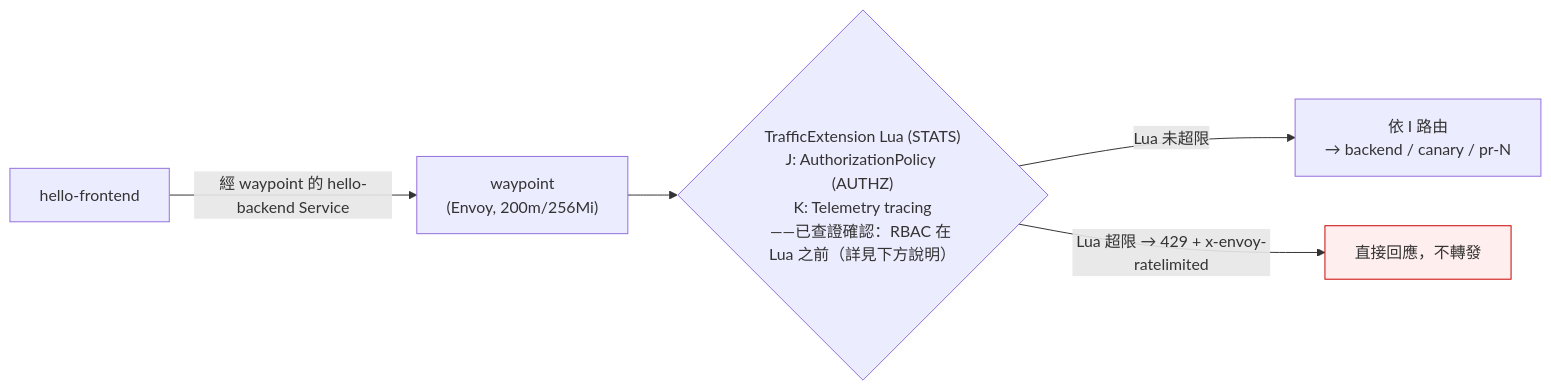
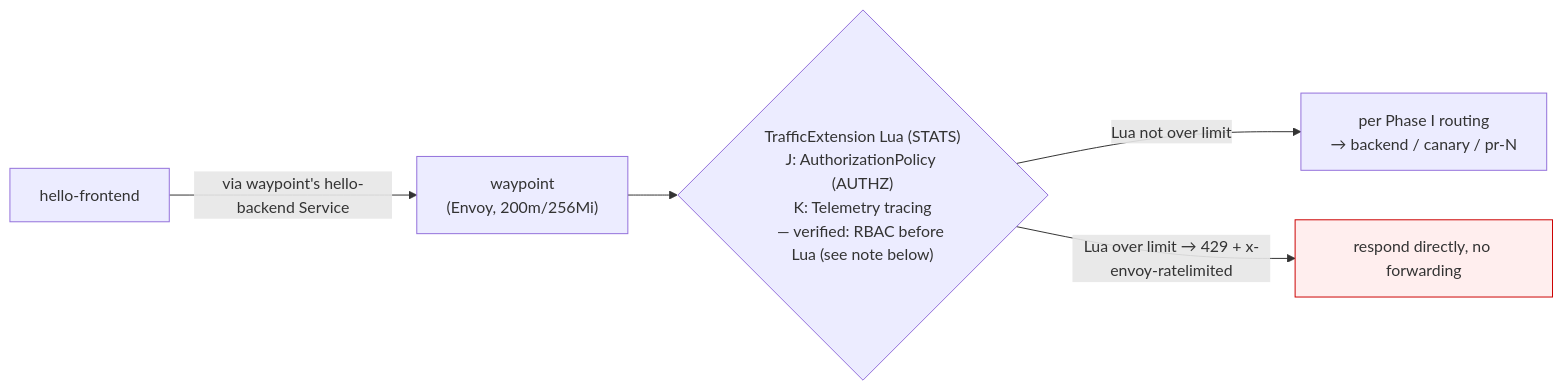
The diagram in docs/superpowers/specs/2026-08-25-k3s-phase-l-ratelimit-design.md (Jeromefromcn/docker-gitops), drawn with Mermaid before and after one commit. The commit also changed other lines of this file and 155 other files, not shown here.

````diff
--- a/docs/superpowers/specs/2026-08-25-k3s-phase-l-ratelimit-design.md
+++ b/docs/superpowers/specs/2026-08-25-k3s-phase-l-ratelimit-design.md
@@ -44,9 +44,9 @@
 ```mermaid
 flowchart LR
-    fe["hello-frontend"] -->|"經 waypoint 的 hello-backend Service"| waypoint["waypoint\n(Envoy, 200m/256Mi)"]
-    waypoint --> filters{"TrafficExtension Lua (STATS)\nJ: AuthorizationPolicy (AUTHZ)\nK: Telemetry tracing\n——已查證確認：RBAC 在 Lua 之前（詳見下方說明）"}
-    filters -->|"Lua 未超限"| route["依 I 路由\n→ backend / canary / pr-N"]
-    filters -->|"Lua 超限 → 429 + x-envoy-ratelimited"| resp["直接回應，不轉發"]
+    fe["hello-frontend"] -->|"via waypoint's hello-backend Service"| waypoint["waypoint\n(Envoy, 200m/256Mi)"]
+    waypoint --> filters{"TrafficExtension Lua (STATS)\nJ: AuthorizationPolicy (AUTHZ)\nK: Telemetry tracing\n— verified: RBAC before Lua (see note below)"}
+    filters -->|"Lua not over limit"| route["per Phase I routing\n→ backend / canary / pr-N"]
+    filters -->|"Lua over limit → 429 + x-envoy-ratelimited"| resp["respond directly, no forwarding"]
 
     style resp fill:#fee,stroke:#c00
 ```
````
